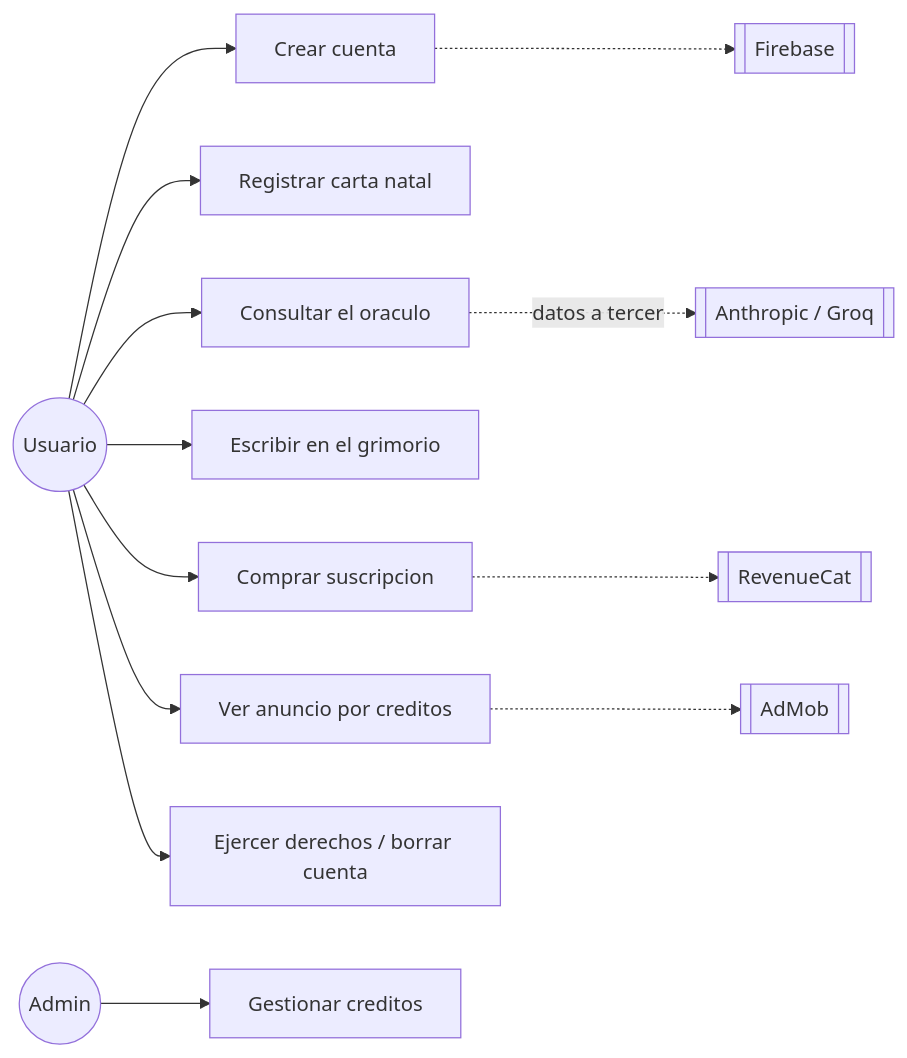
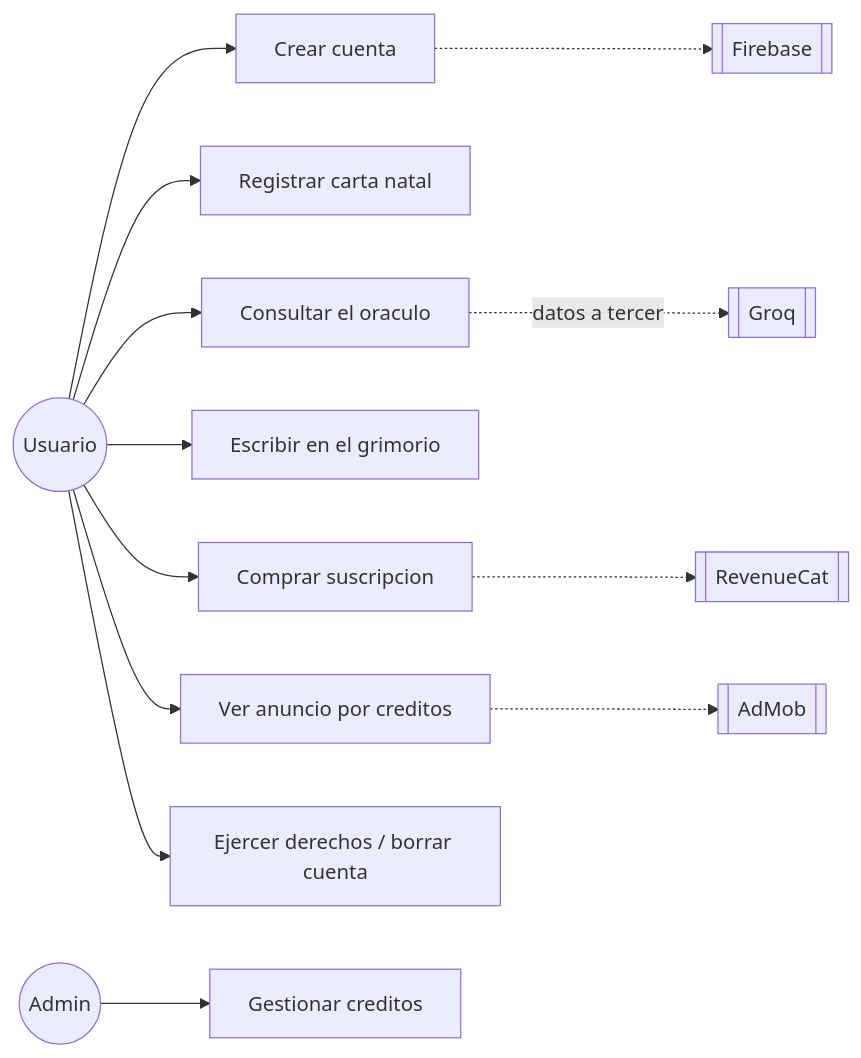
The first of 3 diagrams in .claude/skills/arcanum-legal/references/diagramas.md (Samael2626/Arcanum), drawn with Mermaid before and after one commit. The commit also changed other lines of this file and 6 other files, not shown here.

````diff
--- a/.claude/skills/arcanum-legal/references/diagramas.md
+++ b/.claude/skills/arcanum-legal/references/diagramas.md
@@ -11,15 +11,15 @@
 ```mermaid
 flowchart LR
   U((Usuario)) --> CU1[Crear cuenta]
   U --> CU2[Registrar carta natal]
   U --> CU3[Consultar el oraculo]
   U --> CU4[Escribir en el grimorio]
   U --> CU5[Comprar suscripcion]
   U --> CU6[Ver anuncio por creditos]
   U --> CU7[Ejercer derechos / borrar cuenta]
   A((Admin)) --> CU8[Gestionar creditos]
-  CU3 -.datos a tercero.-> LLM[[Anthropic / Groq]]
+  CU3 -.datos a tercero.-> LLM[[Groq]]
   CU5 -.-> RC[[RevenueCat]]
   CU6 -.-> AD[[AdMob]]
   CU1 -.-> FB[[Firebase]]
 ```
````
